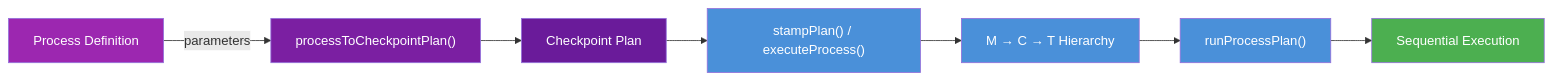
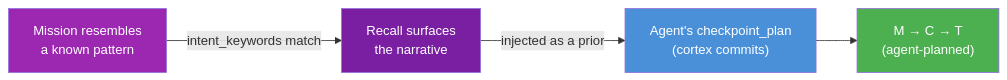
The diagram in docs/primitives/05-PROCESS.md (Tachin-ai-Corporation/architect-prime-gcp-agent), drawn with Mermaid before and after one commit. The commit also changed other lines of this file and 20 other files, not shown here.

First line of the commit message:
v2026.08.14.6.12: process-as-narrative — canon, primitives, guides + RFC stamped

````diff
--- a/docs/primitives/05-PROCESS.md
+++ b/docs/primitives/05-PROCESS.md
@@ -83,17 +81,11 @@
 ```mermaid
 graph LR
-    P["Process Definition"] -->|parameters| F["processToCheckpointPlan()"]
-    F --> CP["Checkpoint Plan"]
-    CP --> S["stampPlan() / executeProcess()"]
-    S --> H["M → C → T Hierarchy"]
-    H --> E["runProcessPlan()"]
-    E --> R["Sequential Execution"]
+    W["Mission resembles<br/>a known pattern"] -->|intent_keywords match| R["Recall surfaces<br/>the narrative"]
+    R -->|injected as a prior| D["Agent's checkpoint_plan<br/>(cortex commits)"]
+    D --> H["M → C → T<br/>(agent-planned)"]
 
-    style P fill:#9c27b0,color:#fff
-    style F fill:#7b1fa2,color:#fff
-    style CP fill:#6a1b9a,color:#fff
-    style S fill:#4a90d9,color:#fff
-    style H fill:#4a90d9,color:#fff
-    style E fill:#4a90d9,color:#fff
-    style R fill:#4caf50,color:#fff
+    style W fill:#9c27b0,color:#fff
+    style R fill:#7b1fa2,color:#fff
+    style D fill:#4a90d9,color:#fff
+    style H fill:#4caf50,color:#fff
 ```
````
